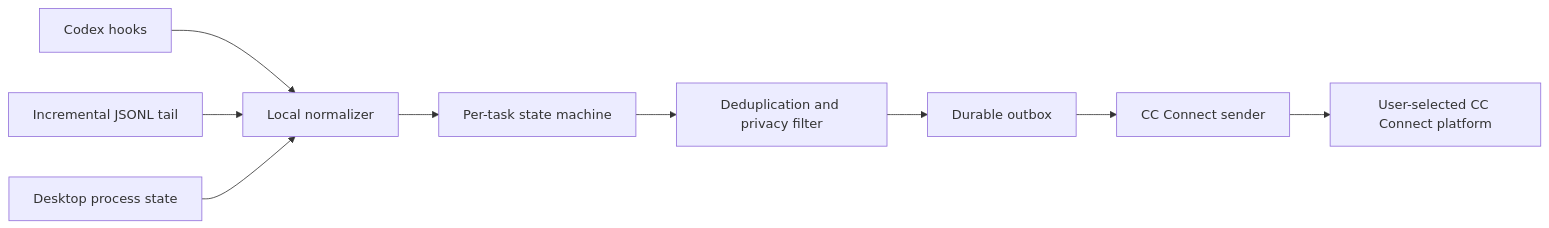
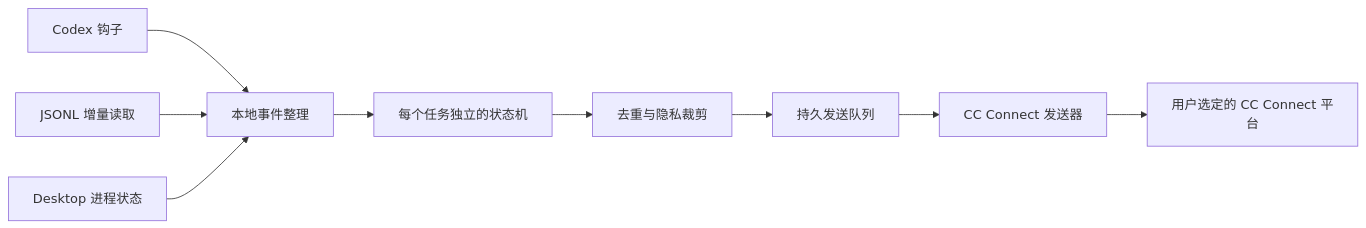
Before and after one commit to IIMovoMII/codex-desktop-notification-field-guide: the diagram in README.md, drawn with Mermaid. The commit also changed other lines of this file and 24 other files, not shown here.

```diff
--- a/README.md
+++ b/README.md
@@ -54,11 +63,11 @@
 ~~~mermaid
 flowchart LR
-    H[Codex hooks] --> N[Local normalizer]
-    J[Incremental JSONL tail] --> N
-    P[Desktop process state] --> N
-    N --> S[Per-task state machine]
-    S --> D[Deduplication and privacy filter]
-    D --> O[Durable outbox]
-    O --> A[CC Connect sender]
-    A --> Q[User-selected CC Connect platform]
+    H[Codex 钩子] --> N[本地事件整理]
+    J[JSONL 增量读取] --> N
+    P[Desktop 进程状态] --> N
+    N --> S[每个任务独立的状态机]
+    S --> D[去重与隐私裁剪]
+    D --> O[持久发送队列]
+    O --> A[CC Connect 发送器]
+    A --> Q[用户选定的 CC Connect 平台]
 ~~~
```
